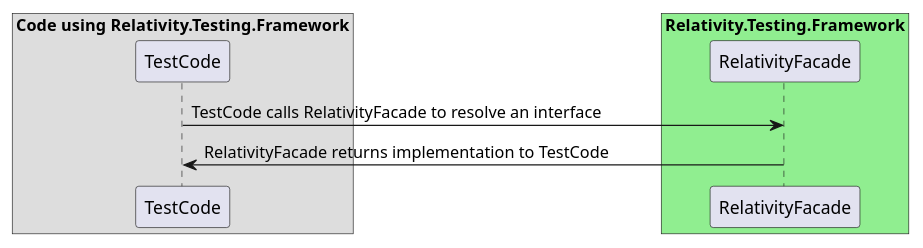
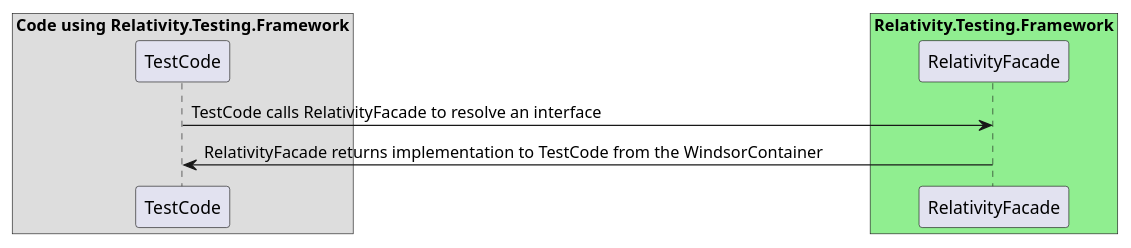
Before and after one commit to relativitydev/relativity.testing.framework: the diagram in docs/dev/SequenceDiagrams/UMLFiles/RegisteredServices.iuml, drawn with PlantUML. The commit also changed 2 other files, not shown here.

Commit message:
TESTENG-1465: be explicit where the RelativityFacade returns and update branches in md files.

```diff
--- a/docs/dev/SequenceDiagrams/UMLFiles/RegisteredServices.iuml
+++ b/docs/dev/SequenceDiagrams/UMLFiles/RegisteredServices.iuml
@@ -1,14 +1,14 @@
 @startuml Relativity.Testing.Framework RegisteredServices Sequence Diagram
 
 box "Code using Relativity.Testing.Framework"
 participant "TestCode"
 end box
 
 box "Relativity.Testing.Framework" #LightGreen
 participant "RelativityFacade"
 end box
 
 "TestCode" -> "RelativityFacade" : TestCode calls RelativityFacade to resolve an interface
-"TestCode" <- "RelativityFacade" : RelativityFacade returns implementation to TestCode
+"TestCode" <- "RelativityFacade" : RelativityFacade returns implementation to TestCode from the WindsorContainer
 
 @enduml
```
